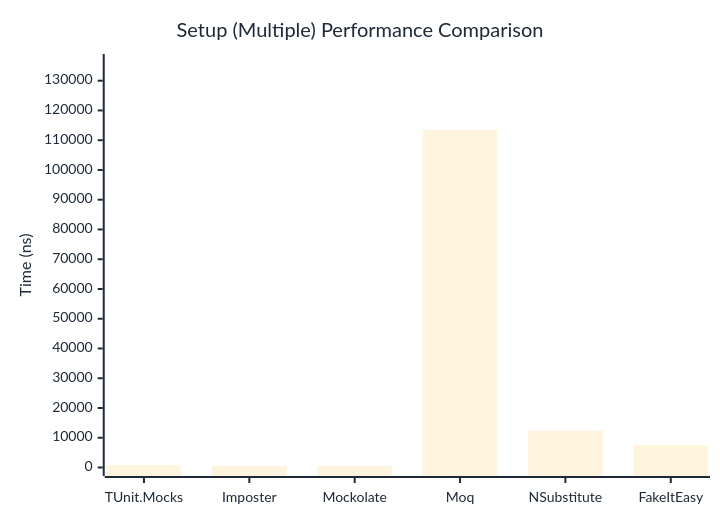
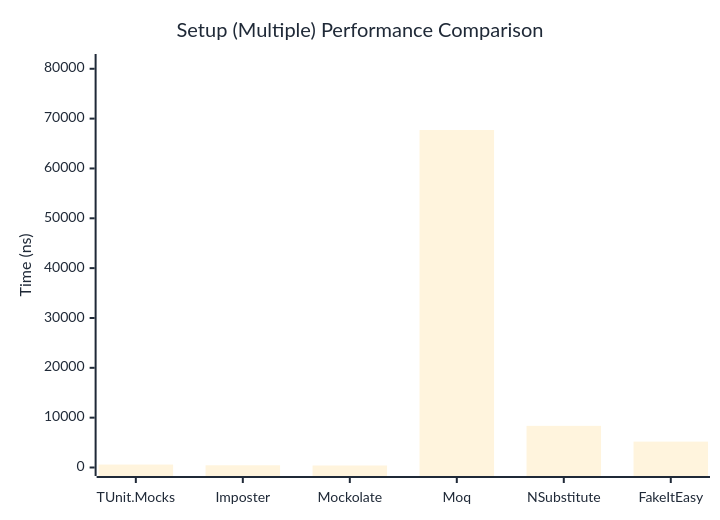
Before and after one commit to thomhurst/TUnit: the second of 2 diagrams in docs/docs/benchmarks/mocks/Setup.md, drawn with Mermaid. The commit also changed other lines of this file and 14 other files, not shown here.

````diff
--- a/docs/docs/benchmarks/mocks/Setup.md
+++ b/docs/docs/benchmarks/mocks/Setup.md
@@ -71,27 +71,27 @@
 ```mermaid
 %%{init: {
   'theme':'base',
   'themeVariables': {
     'primaryColor': '#2563eb',
     'primaryTextColor': '#1f2937',
     'primaryBorderColor': '#1e40af',
     'lineColor': '#6b7280',
     'secondaryColor': '#7c3aed',
     'tertiaryColor': '#dc2626',
     'background': '#ffffff',
     'pie1': '#2563eb',
     'pie2': '#7c3aed',
     'pie3': '#dc2626',
     'pie4': '#f59e0b',
     'pie5': '#10b981',
     'pie6': '#06b6d4',
     'pie7': '#ec4899',
     'pie8': '#6366f1'
   }
 }}%%
 xychart-beta
   title "Setup (Multiple) Performance Comparison"
   x-axis ["TUnit.Mocks", "Imposter", "Mockolate", "Moq", "NSubstitute", "FakeItEasy"]
-  y-axis "Time (ns)" 0 --> 136116
-  bar [743.6, 550.2, 513.1, 113429.3, 12406.8, 7530.9]
+  y-axis "Time (ns)" 0 --> 81257
+  bar [591.8, 447.7, 402.3, 67713.7, 8354.8, 5194.7]
 ```
````
